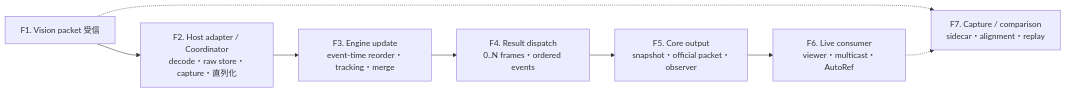
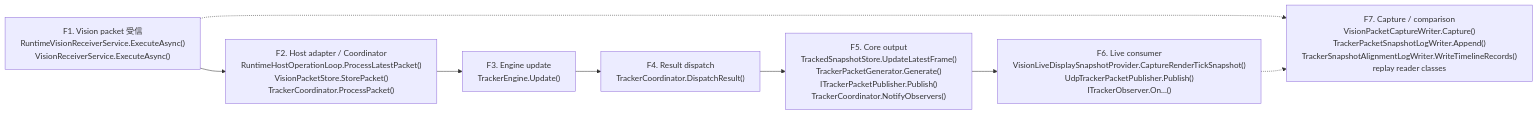
One commit to ibis-ssl/Duck changed the second of 11 diagrams in Tracker/Design/Core/tracker-architecture-plan.md. Above: the diagram before and after it, drawn with Mermaid. The commit also changed other lines of this file, not shown here.

Commit message:
docs(tracker): フロー図を実装クラスとメソッドへ対応付ける

````diff
--- a/Tracker/Design/Core/tracker-architecture-plan.md
+++ b/Tracker/Design/Core/tracker-architecture-plan.md
@@ -93,14 +95,14 @@
 ```mermaid
 flowchart LR
-    F1["F1. Vision packet 受信"]
-    F2["F2. Host adapter / Coordinator<br/>decode・raw store・capture・直列化"]
-    F3["F3. Engine update<br/>event-time reorder・tracking・merge"]
-    F4["F4. Result dispatch<br/>0..N frames・ordered events"]
-    F5["F5. Core output<br/>snapshot・official packet・observer"]
-    F6["F6. Live consumer<br/>viewer・multicast・AutoRef"]
-    F7["F7. Capture / comparison<br/>sidecar・alignment・replay"]
+    F1["F1. Vision packet 受信<br/>RuntimeVisionReceiverService.ExecuteAsync()<br/>VisionReceiverService.ExecuteAsync()"]
+    F2["F2. Host adapter / Coordinator<br/>RuntimeHostOperationLoop.ProcessLatestPacket()<br/>VisionPacketStore.StorePacket()<br/>TrackerCoordinator.ProcessPacket()"]
+    F3["F3. Engine update<br/>TrackerEngine.Update()"]
+    F4["F4. Result dispatch<br/>TrackerCoordinator.DispatchResult()"]
+    F5["F5. Core output<br/>TrackedSnapshotStore.UpdateLatestFrame()<br/>TrackerPacketGenerator.Generate()<br/>ITrackerPacketPublisher.Publish()<br/>TrackerCoordinator.NotifyObservers()"]
+    F6["F6. Live consumer<br/>VisionLiveDisplaySnapshotProvider.CaptureRenderTickSnapshot()<br/>UdpTrackerPacketPublisher.Publish()<br/>ITrackerObserver.On...()"]
+    F7["F7. Capture / comparison<br/>VisionPacketCaptureWriter.Capture()<br/>TrackerPacketSnapshotLogWriter.Append()<br/>TrackerSnapshotAlignmentLogWriter.WriteTimelineRecords()<br/>replay reader classes"]
 
     F1 --> F2 --> F3 --> F4 --> F5 --> F6
     F1 -.-> F7
     F6 -.-> F7
 ```
````
